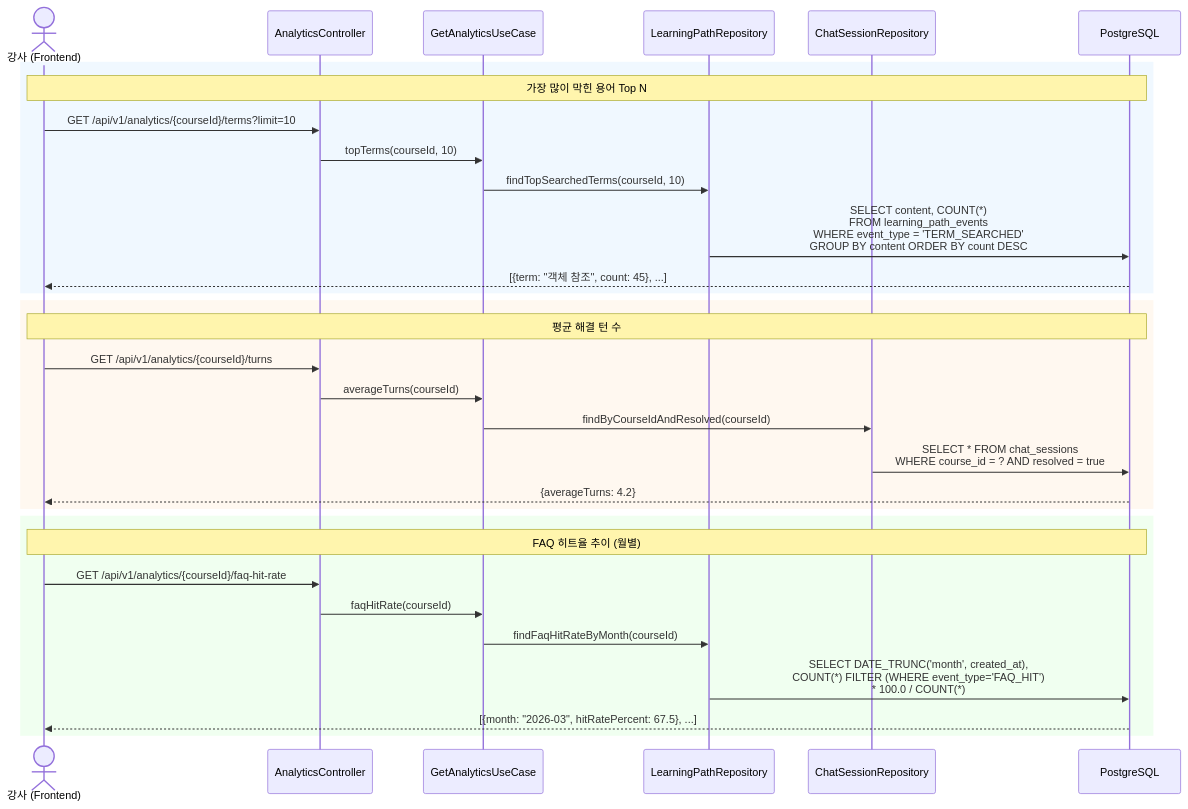
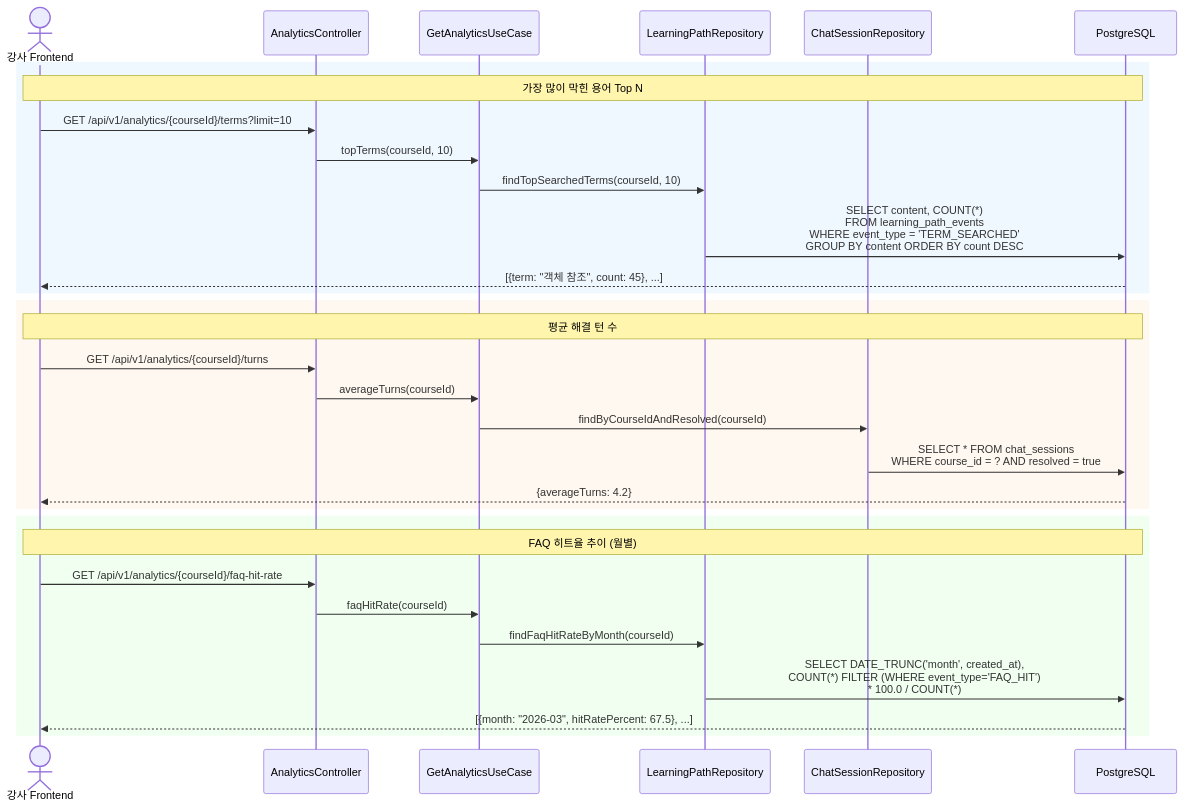
One commit to kimuragen23/nadoCEO_BE changed the sixth of 8 diagrams in docs/sequence-diagrams.md. Above: the diagram before and after it, drawn with Mermaid. The commit also changed other lines of this file, not shown here.

First line of the commit message:
fix: Mermaid 시퀀스 다이어그램 렌더링 오류 수정

````diff
--- a/docs/sequence-diagrams.md
+++ b/docs/sequence-diagrams.md
@@ -225,36 +225,36 @@
 ```mermaid
 sequenceDiagram
-    actor Instructor as 강사 (Frontend)
+    actor Instructor as 강사 Frontend
     participant Controller as AnalyticsController
     participant UseCase as GetAnalyticsUseCase
     participant LPRepo as LearningPathRepository
     participant SRepo as ChatSessionRepository
     participant DB as PostgreSQL
 
     rect rgb(240, 248, 255)
         Note over Instructor,DB: 가장 많이 막힌 용어 Top N
         Instructor->>Controller: GET /api/v1/analytics/{courseId}/terms?limit=10
         Controller->>UseCase: topTerms(courseId, 10)
         UseCase->>LPRepo: findTopSearchedTerms(courseId, 10)
         LPRepo->>DB: SELECT content, COUNT(*)<br/>FROM learning_path_events<br/>WHERE event_type = 'TERM_SEARCHED'<br/>GROUP BY content ORDER BY count DESC
         DB-->>Instructor: [{term: "객체 참조", count: 45}, ...]
     end
 
     rect rgb(255, 248, 240)
         Note over Instructor,DB: 평균 해결 턴 수
         Instructor->>Controller: GET /api/v1/analytics/{courseId}/turns
         Controller->>UseCase: averageTurns(courseId)
         UseCase->>SRepo: findByCourseIdAndResolved(courseId)
         SRepo->>DB: SELECT * FROM chat_sessions<br/>WHERE course_id = ? AND resolved = true
         DB-->>Instructor: {averageTurns: 4.2}
     end
 
     rect rgb(240, 255, 240)
         Note over Instructor,DB: FAQ 히트율 추이 (월별)
         Instructor->>Controller: GET /api/v1/analytics/{courseId}/faq-hit-rate
         Controller->>UseCase: faqHitRate(courseId)
         UseCase->>LPRepo: findFaqHitRateByMonth(courseId)
         LPRepo->>DB: SELECT DATE_TRUNC('month', created_at),<br/>COUNT(*) FILTER (WHERE event_type='FAQ_HIT')<br/>* 100.0 / COUNT(*)
         DB-->>Instructor: [{month: "2026-03", hitRatePercent: 67.5}, ...]
     end
 ```
````
